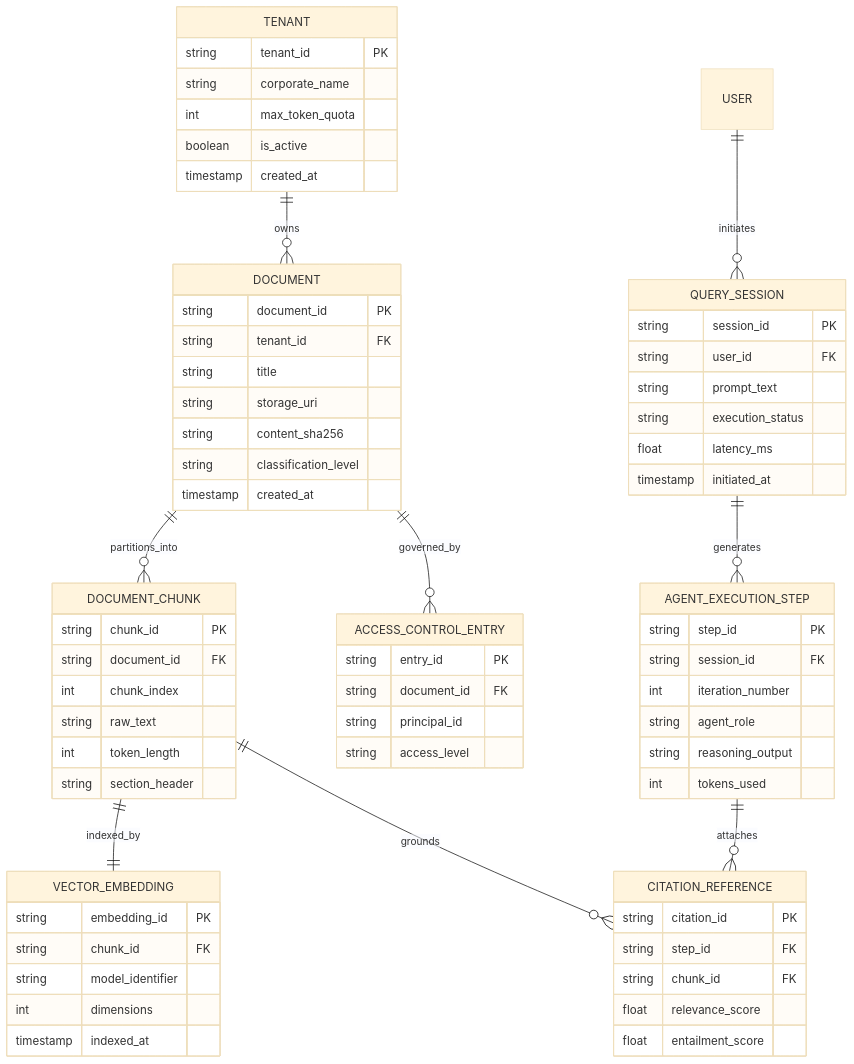
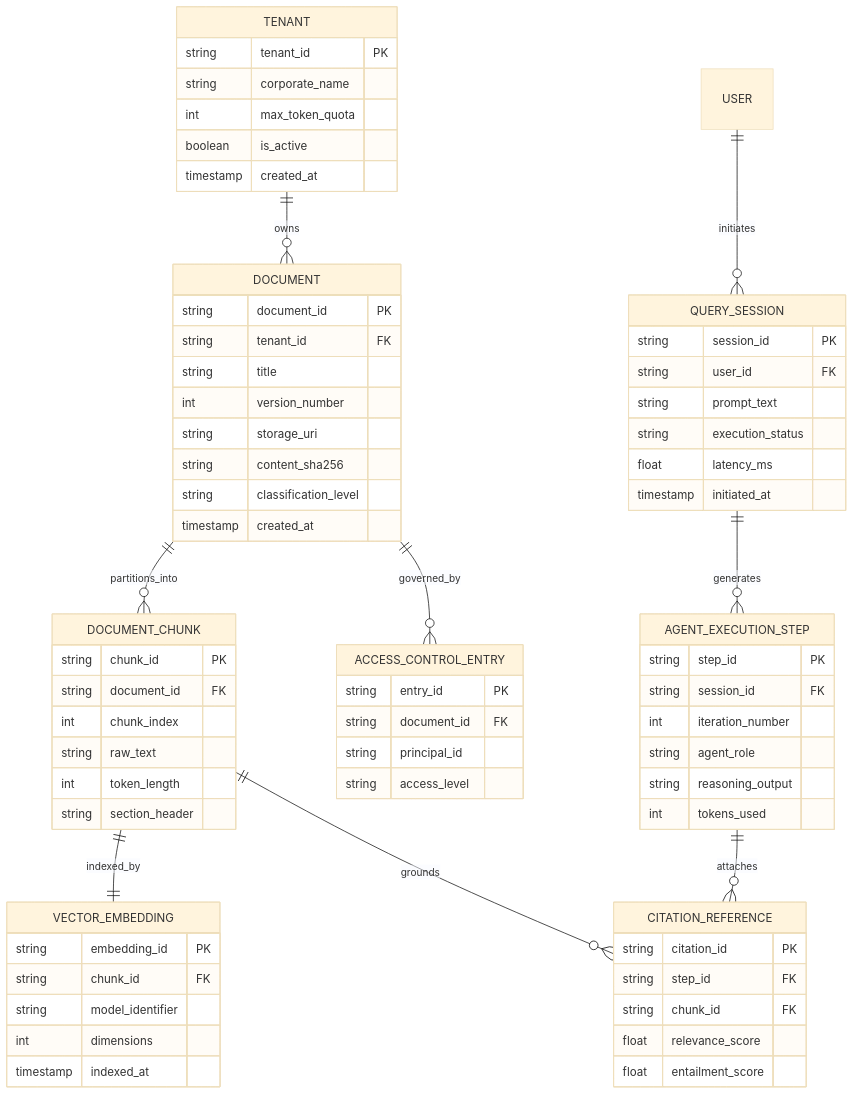
Before and after one commit to phamanhduc8577-hash/business-analyst-hub: the fourth of 4 diagrams in docs/05-domain-knowledge/ai-systems-rag/ENTERPRISE-RAG-MULTIAGENT-SPEC.md, drawn with Mermaid (base theme). The commit also changed other lines of this file and 3 other files, not shown here.

````diff
--- a/docs/05-domain-knowledge/ai-systems-rag/ENTERPRISE-RAG-MULTIAGENT-SPEC.md
+++ b/docs/05-domain-knowledge/ai-systems-rag/ENTERPRISE-RAG-MULTIAGENT-SPEC.md
@@ -159,79 +169,80 @@
 ```mermaid
 erDiagram
     TENANT ||--o{ DOCUMENT : owns
     DOCUMENT ||--o{ DOCUMENT_CHUNK : partitions_into
     DOCUMENT_CHUNK ||--|| VECTOR_EMBEDDING : indexed_by
     DOCUMENT ||--o{ ACCESS_CONTROL_ENTRY : governed_by
     USER ||--o{ QUERY_SESSION : initiates
     QUERY_SESSION ||--o{ AGENT_EXECUTION_STEP : generates
     AGENT_EXECUTION_STEP ||--o{ CITATION_REFERENCE : attaches
     DOCUMENT_CHUNK ||--o{ CITATION_REFERENCE : grounds
 
     TENANT {
         string tenant_id PK
         string corporate_name
         int max_token_quota
         boolean is_active
         timestamp created_at
     }
 
     DOCUMENT {
         string document_id PK
         string tenant_id FK
         string title
+        int version_number
         string storage_uri
         string content_sha256
         string classification_level
         timestamp created_at
     }
 
     DOCUMENT_CHUNK {
         string chunk_id PK
         string document_id FK
         int chunk_index
         string raw_text
         int token_length
         string section_header
     }
 
     VECTOR_EMBEDDING {
         string embedding_id PK
         string chunk_id FK
         string model_identifier
         int dimensions
         timestamp indexed_at
     }
 
     ACCESS_CONTROL_ENTRY {
         string entry_id PK
         string document_id FK
         string principal_id
         string access_level
     }
 
     QUERY_SESSION {
         string session_id PK
         string user_id FK
         string prompt_text
         string execution_status
         float latency_ms
         timestamp initiated_at
     }
 
     AGENT_EXECUTION_STEP {
         string step_id PK
         string session_id FK
         int iteration_number
         string agent_role
         string reasoning_output
         int tokens_used
     }
 
     CITATION_REFERENCE {
         string citation_id PK
         string step_id FK
         string chunk_id FK
         float relevance_score
         float entailment_score
     }
 ```
````
